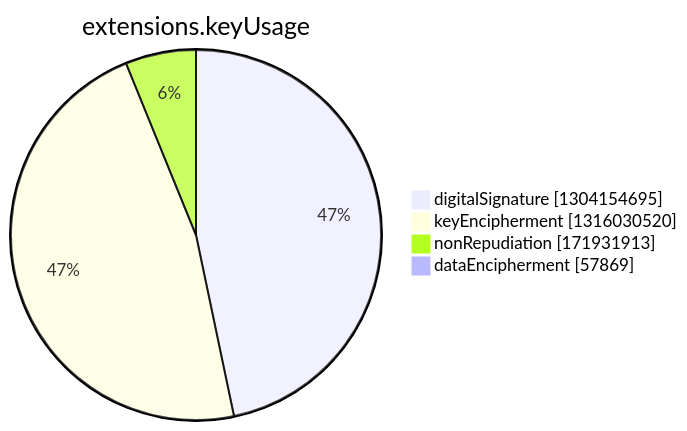
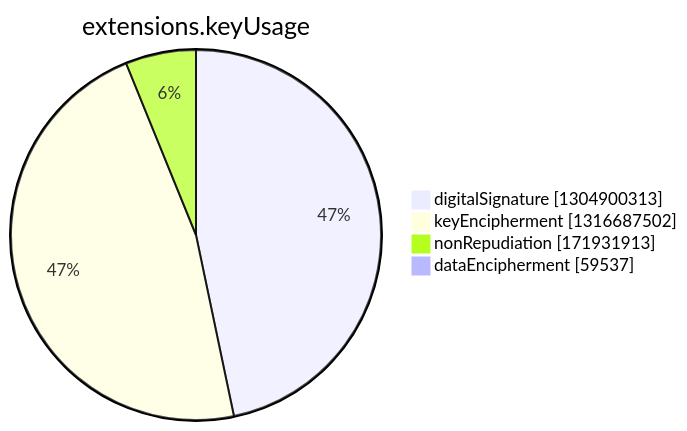
Before and after one commit to christiankrug/ctmonitor_visualization: the seventh of 15 diagrams in argon2022/README.md, drawn with Mermaid. The commit also changed other lines of this file, not shown here.

````diff
--- a/argon2022/README.md
+++ b/argon2022/README.md
@@ -2749,8 +2749,8 @@
 ```mermaid
 pie showData
 title extensions.keyUsage
-"digitalSignature" :1304154695
-"keyEncipherment" :1316030520
+"digitalSignature" :1304900313
+"keyEncipherment" :1316687502
 "nonRepudiation" :171931913
-"dataEncipherment" :57869
+"dataEncipherment" :59537
 ```
````
